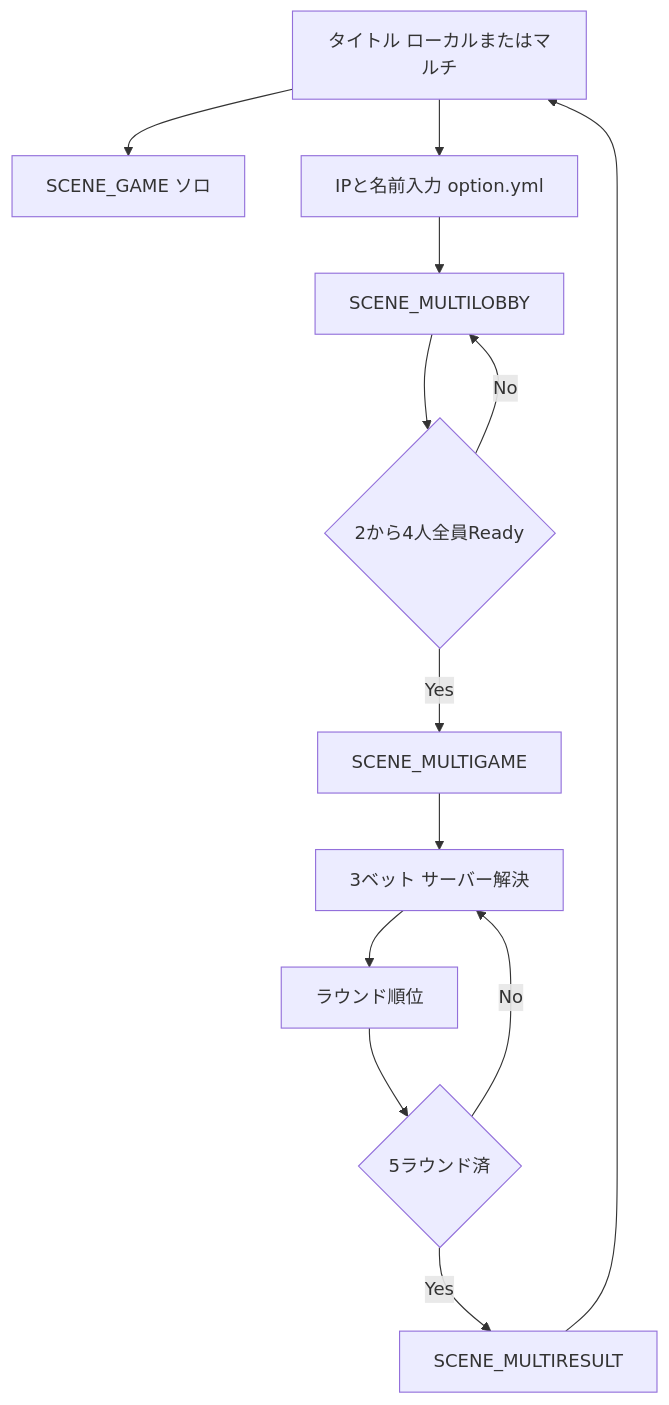
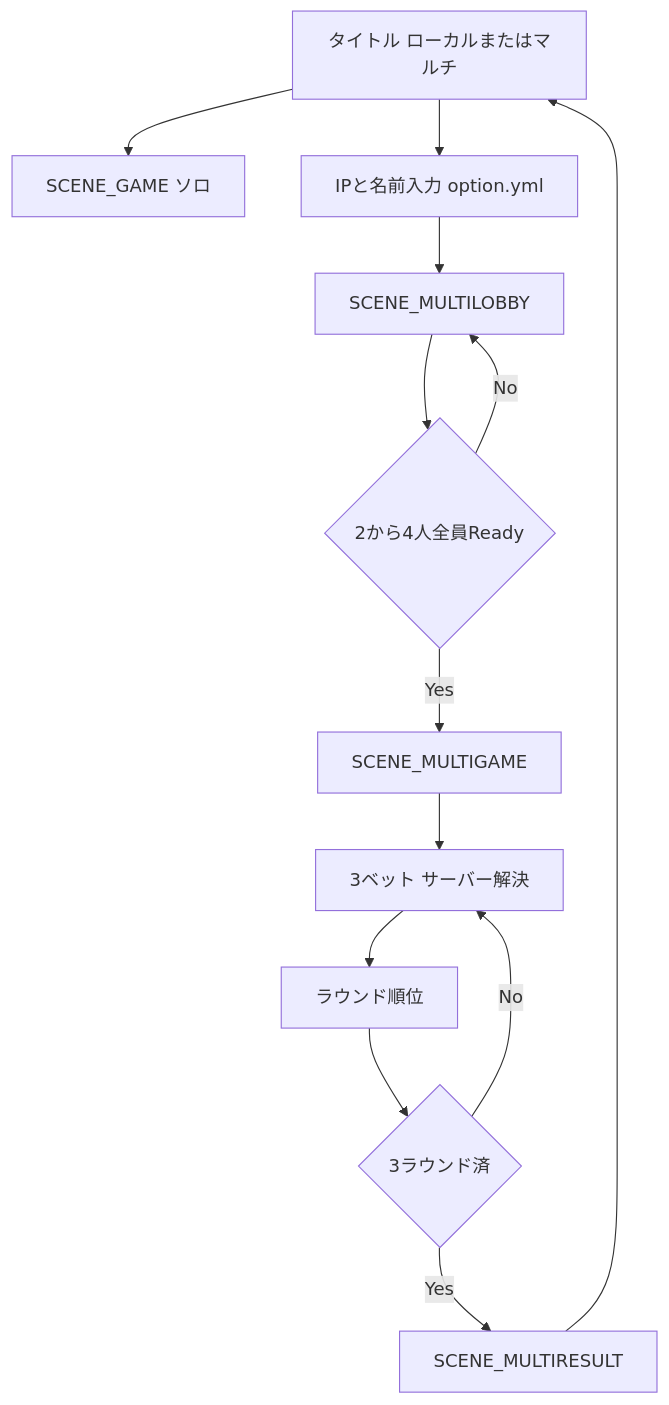
Before and after one commit to realryo1/MustDice: the first of 2 diagrams in document_ingame/multiplayer.md, drawn with Mermaid. The commit also changed other lines of this file and 4 other files, not shown here.

````diff
--- a/document_ingame/multiplayer.md
+++ b/document_ingame/multiplayer.md
@@ -58,16 +58,16 @@
 ```mermaid
 flowchart TB
     Title[タイトル ローカルまたはマルチ]
     Title --> Local[SCENE_GAME ソロ]
     Title --> Ip[IPと名前入力 option.yml]
     Ip --> Lobby[SCENE_MULTILOBBY]
     Lobby --> WaitReady{2から4人全員Ready}
     WaitReady -->|No| Lobby
     WaitReady -->|Yes| Match[SCENE_MULTIGAME]
     Match --> Bets[3ベット サーバー解決]
     Bets --> RoundEnd[ラウンド順位]
-    RoundEnd --> More{5ラウンド済}
+    RoundEnd --> More{3ラウンド済}
     More -->|No| Bets
     More -->|Yes| Result[SCENE_MULTIRESULT]
     Result --> Title
 ```
````
